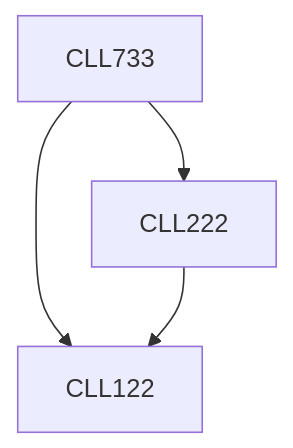
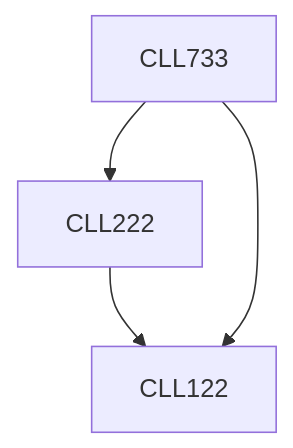
One commit to KeshavBansal0122/CoS_Website changed the diagram in content/Chemical Engineering/CLL733.md. Above: the diagram before and after it, drawn with Mermaid. The commit also changed other lines of this file and 2662 other files, not shown here.

````diff
--- a/content/Chemical Engineering/CLL733.md
+++ b/content/Chemical Engineering/CLL733.md
@@ -13,10 +13,10 @@
 ```mermaid
 flowchart TD
 CLL733-137[CLL733]
+CLL222-137 --> CLL122-137[CLL122]
 CLL733-137 --> CLL122-137[CLL122]
 CLL733-137 --> CLL222-137[CLL222]
-CLL222-137 --> CLL122-137[CLL122]
 
 classDef empty height:17px, fill:transparent, stroke:transparent;
 classDef trueEmpty height:0px, width:0px;
 ```
````
